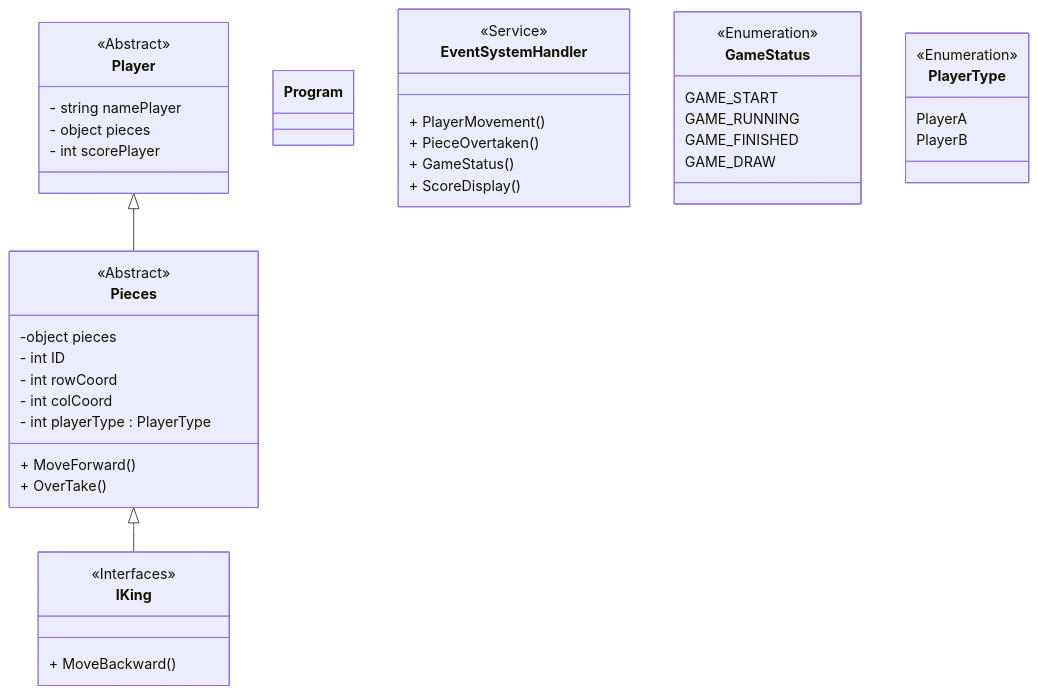
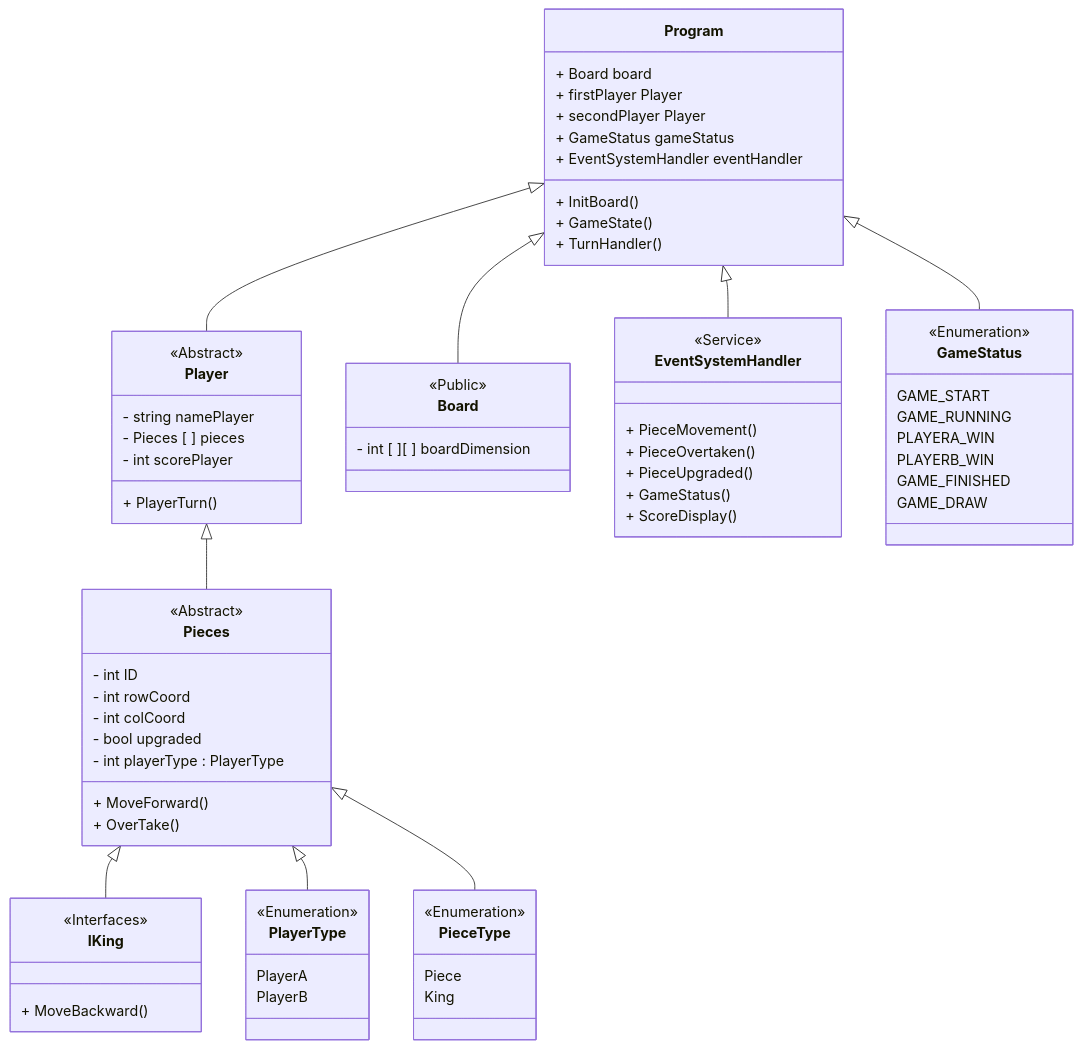
The diagram in Day 7/Project Checker/classDiagram.md (WallNutss/SEFormulatrix_Bootcamp), drawn with Mermaid before and after one commit. The commit also changed 1 other file, not shown here.

Commit message:
2nd revision project checker class projection diagram

````diff
--- a/Day 7/Project Checker/classDiagram.md
+++ b/Day 7/Project Checker/classDiagram.md
@@ -3,12 +3,26 @@
     %% OOP Structure
     Pieces <|-- IKing
     Player <|-- Pieces
-    Pieces : -object pieces
+    Program <|-- Player
+    Program <|-- Board
+    Program <|-- EventSystemHandler
+    Program <|-- GameStatus
+    Pieces <|-- PlayerType 
+    Pieces <|-- PieceType 
+    
 
 
 
     %% MAIN PROGRAM/GAME CONTROLLER
     class Program{
+      + Board board
+      + firstPlayer Player
+      + secondPlayer Player
+      + GameStatus gameStatus
+      + EventSystemHandler eventHandler
+      + InitBoard()
+      + GameState()
+      + TurnHandler()
 
     }
 
@@ -18,6 +32,7 @@
       - int ID
       - int rowCoord
       - int colCoord
+      - bool upgraded
       - int playerType : PlayerType
       + MoveForward()
       + OverTake()
@@ -25,8 +40,16 @@
     class Player{
       <<Abstract>>
       - string namePlayer
-      - object pieces
+      - Pieces [ ] pieces
       - int scorePlayer
+      + PlayerTurn()  
+    }
+
+    class Board{
+      <<Public>>
+      - int [ ][ ] boardDimension
+
+
     }
 
     %% Defining Interface
@@ -38,8 +61,9 @@
     %% Defining Event Handler
     class EventSystemHandler{
       <<Service>>
-      + PlayerMovement()
+      + PieceMovement()
       + PieceOvertaken()
+      + PieceUpgraded()
       + GameStatus()
       + ScoreDisplay()
     }
@@ -49,6 +73,8 @@
       <<Enumeration>>
       GAME_START
       GAME_RUNNING
+      PLAYERA_WIN
+      PLAYERB_WIN
       GAME_FINISHED
       GAME_DRAW
     }
@@ -57,4 +83,10 @@
       PlayerA
       PlayerB
     }
+    
+    class PieceType{
+      <<Enumeration>>
+      Piece
+      King
+    }
 ```
````
